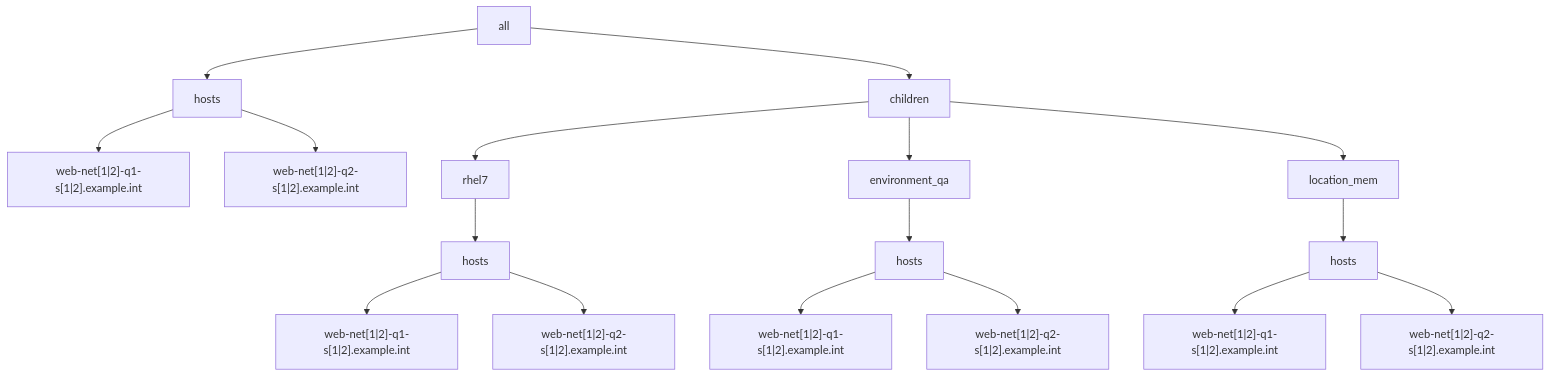
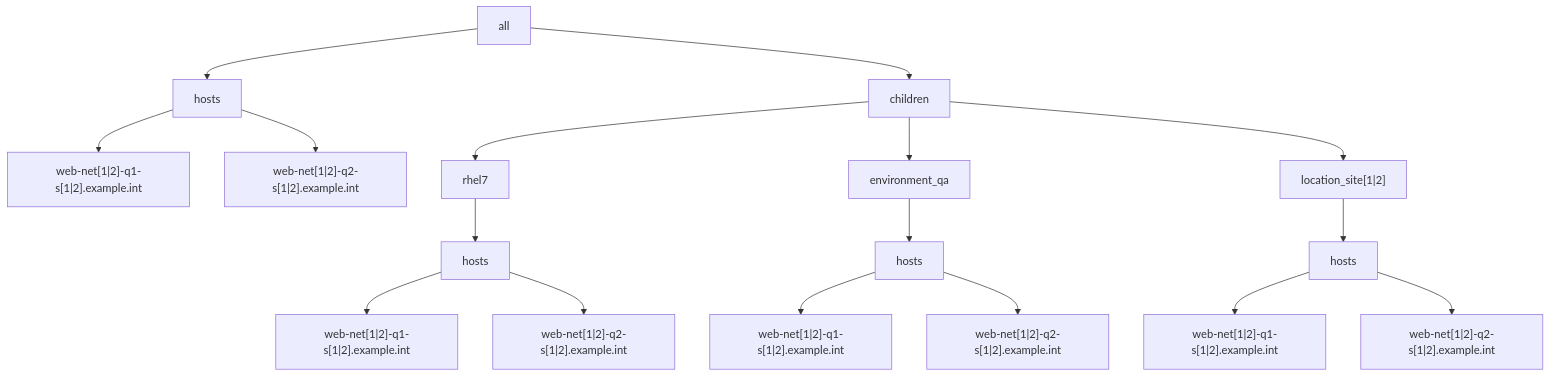
One commit to lj020326/Ansible-inventory-file-examples changed the second of 2 diagrams in tests/ansible-multiple-yaml-inventories/example1/README.md. Above: the diagram before and after it, drawn with Mermaid. The commit also changed 1 other file, not shown here.

Commit message:
develop-lj - 	modified:   tests/ansible-multiple-yaml-inventories/example1/README.md 	modified:   tests/ansible-multiple-yaml-inventories/example3/README.md

````diff
--- a/tests/ansible-multiple-yaml-inventories/example1/README.md
+++ b/tests/ansible-multiple-yaml-inventories/example1/README.md
@@ -33,19 +33,19 @@
 ```mermaid
 graph TD;
     A[all] --> C[hosts]
     A[all] --> D[children]
     C --> I["web-net[1|2]-q1-s[1|2].example.int"]
     C --> J["web-net[1|2]-q2-s[1|2].example.int"]
     D --> E[rhel7]
     D --> F[environment_qa]
-    D --> G[location_mem]
+    D --> G["location_site[1|2]"]
     E --> K[hosts]
     K --> L["web-net[1|2]-q1-s[1|2].example.int"]
     K --> M["web-net[1|2]-q2-s[1|2].example.int"]
     F --> N[hosts]
     N --> O["web-net[1|2]-q1-s[1|2].example.int"]
     N --> P["web-net[1|2]-q2-s[1|2].example.int"]
     G --> Q[hosts]
     Q --> R["web-net[1|2]-q1-s[1|2].example.int"]
     Q --> S["web-net[1|2]-q2-s[1|2].example.int"]
 ```
````
